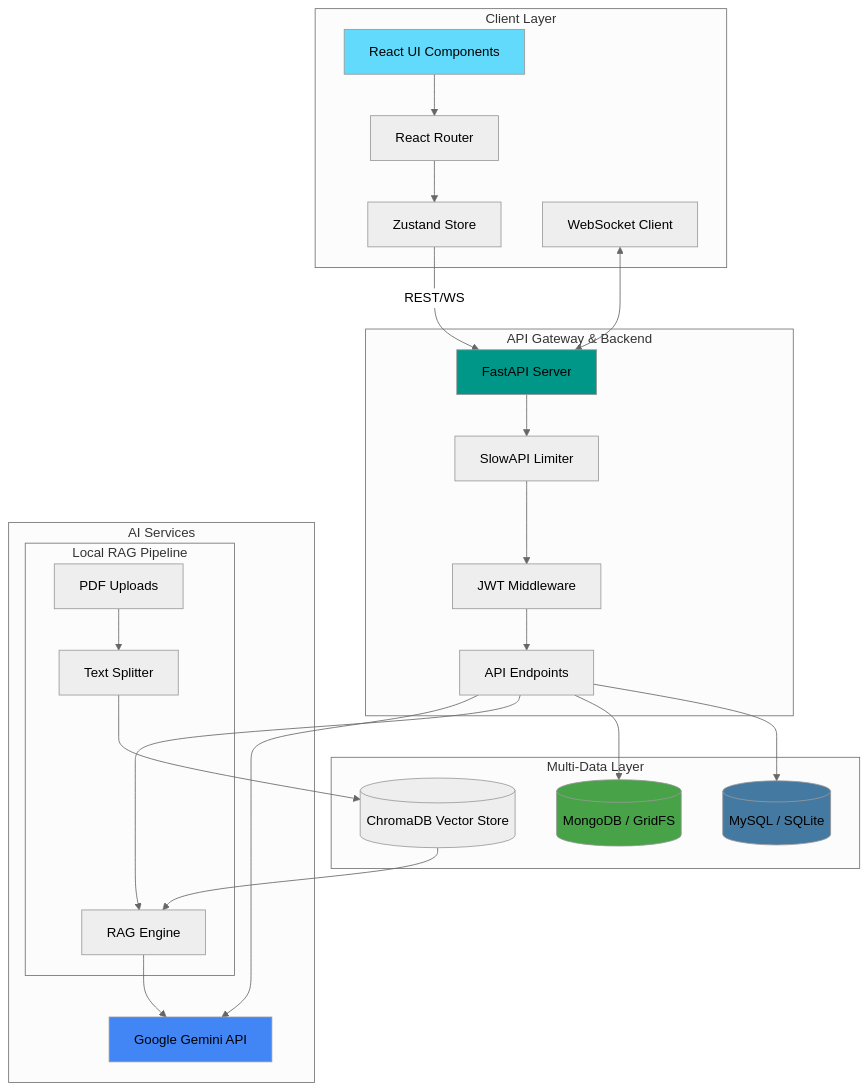
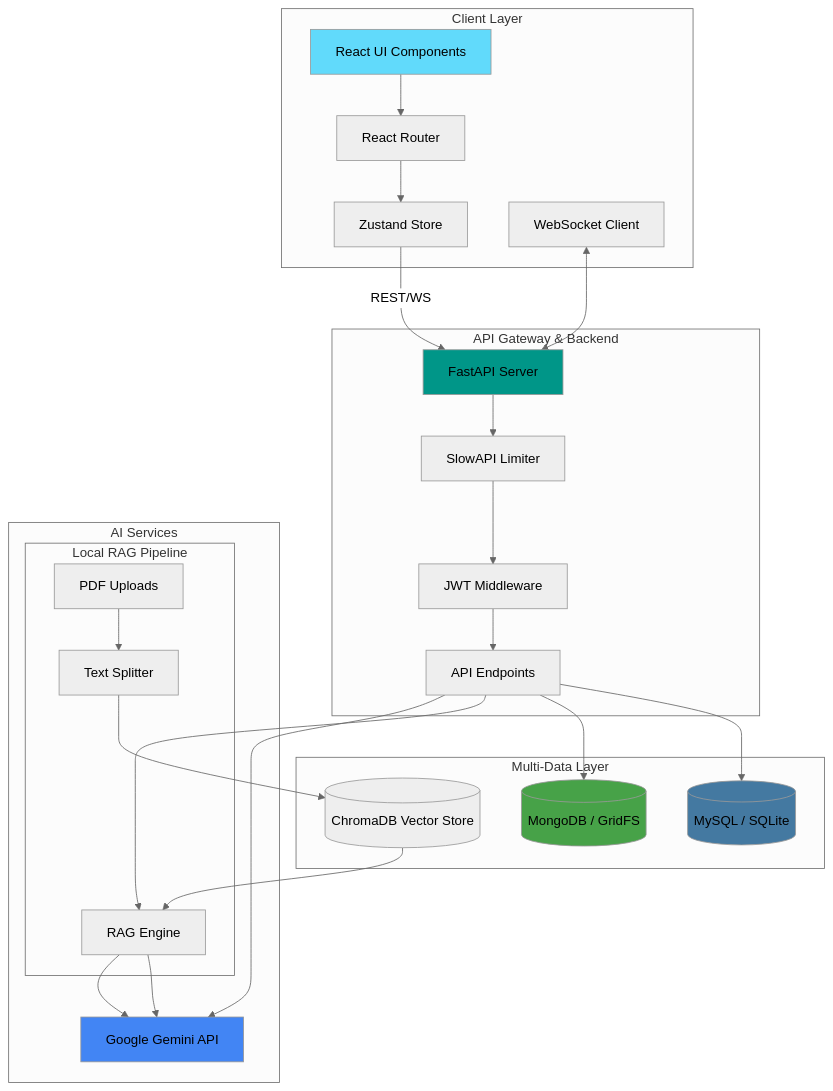
Before and after one commit to quantumNexus0/ai_legal_ecosystem: the second of 9 diagrams in README.md, drawn with Mermaid (neutral theme). The commit also changed other lines of this file and 17 other files, not shown here.

````diff
--- a/README.md
+++ b/README.md
@@ -161,53 +161,55 @@
 ```mermaid
 graph TB
     subgraph "Client Layer"
         UI[React UI Components]
         Router[React Router]
         State[Zustand Store]
         WS[WebSocket Client]
     end
 
     subgraph "API Gateway & Backend"
         FastAPI[FastAPI Server]
         RateLimit[SlowAPI Limiter]
         Auth[JWT Middleware]
         Endpoints[API Endpoints]
     end
 
     subgraph "Multi-Data Layer"
         SQL[(MySQL / SQLite)]
         MongoDB[(MongoDB / GridFS)]
         VectorDB[(ChromaDB Vector Store)]
     end
 
     subgraph "AI Services"
         Gemini[Google Gemini API]
         subgraph "Local RAG Pipeline"
             PDF[PDF Uploads] --> Splitter[Text Splitter]
             Splitter --> VectorDB
             VectorDB --> RAG[RAG Engine]
         end
     end
 
     UI --> Router
     Router --> State
     State -- REST/WS --> FastAPI
     WS <--> FastAPI
     
     FastAPI --> RateLimit
     RateLimit --> Auth
     Auth --> Endpoints
     
     Endpoints --> SQL
     Endpoints --> MongoDB
     Endpoints --> RAG
     Endpoints --> Gemini
     
     RAG --> Gemini
     
+    RAG --> Gemini
+    
     style UI fill:#61DAFB
     style FastAPI fill:#009688
     style SQL fill:#4479A1
     style MongoDB fill:#47A248
     style Gemini fill:#4285F4
 ```
````
